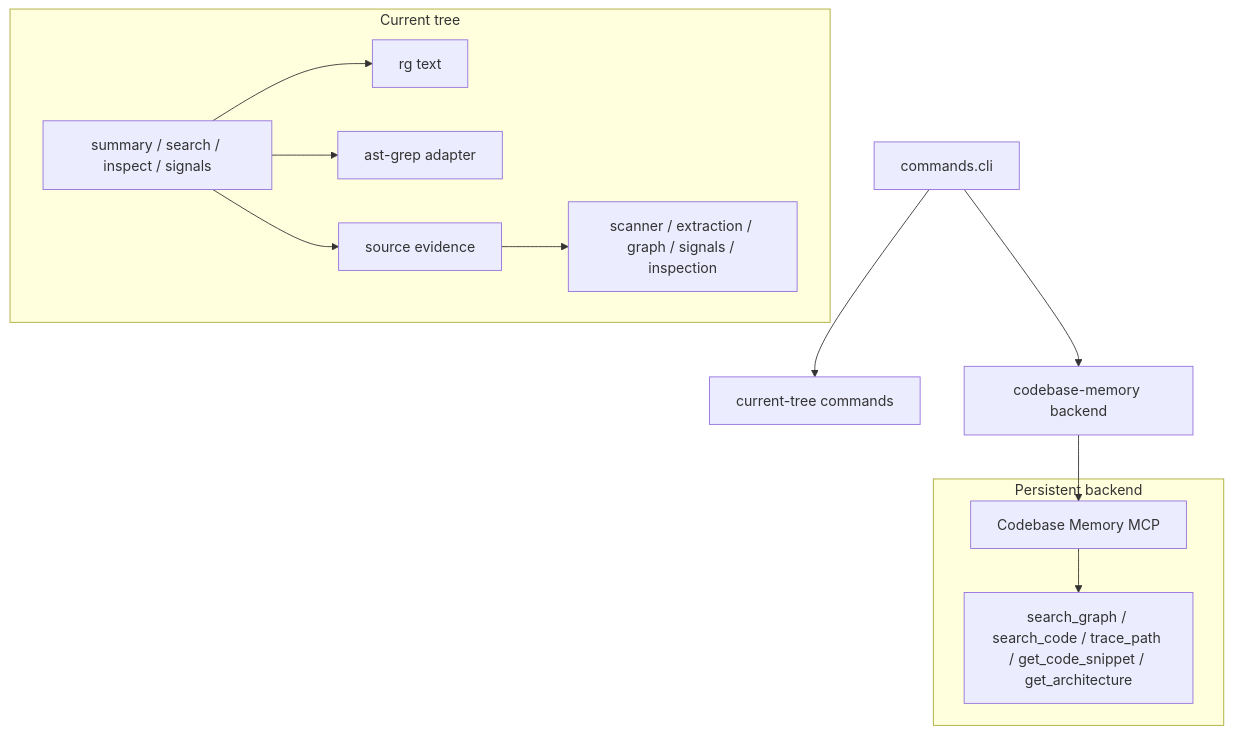
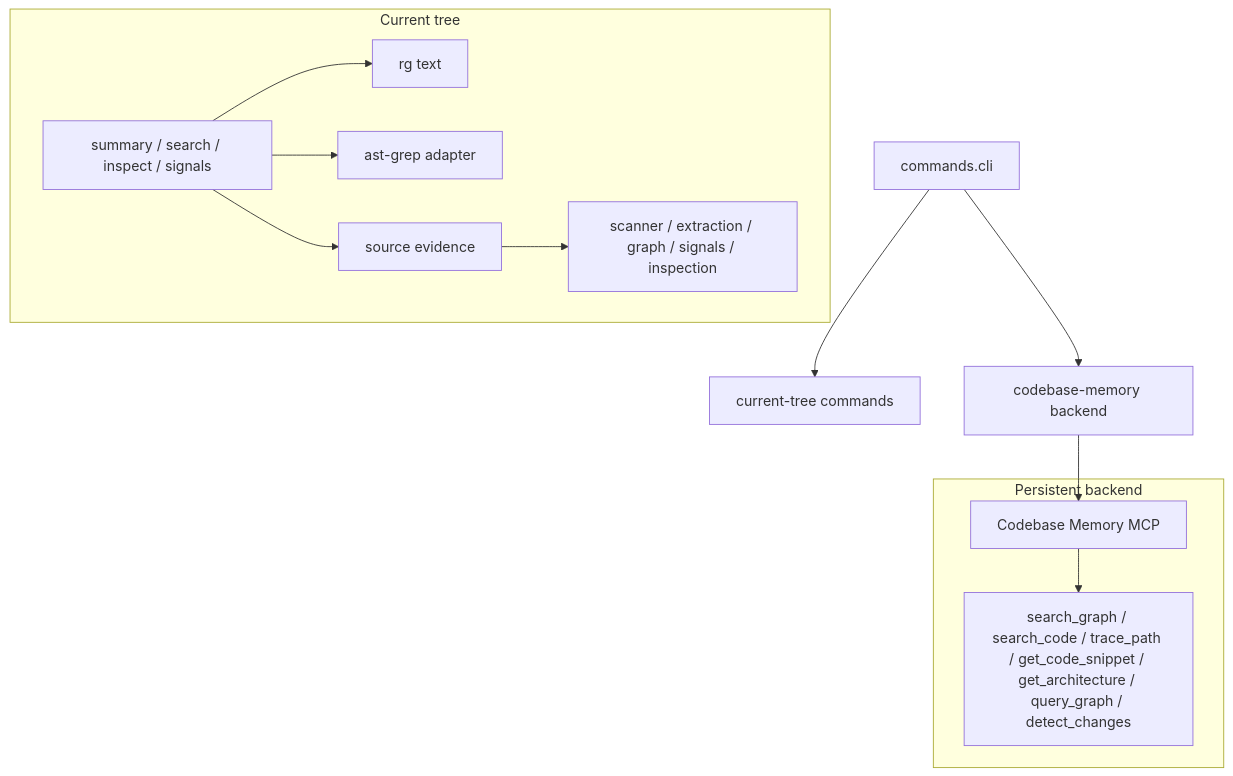
Before and after one commit to teron131/codemap: the second of 2 diagrams in README.md, drawn with Mermaid. The commit also changed other lines of this file and 9 other files, not shown here.

````diff
--- a/README.md
+++ b/README.md
@@ -60,27 +60,27 @@
 ```mermaid
 flowchart TD
     CLI["commands.cli"] --> Current["current-tree commands"]
     CLI --> Backend["codebase-memory backend"]
 
     subgraph CurrentLane["Current tree"]
         SearchInspect["summary / search / inspect / signals"]
         Source["source evidence"]
         Rg["rg text"]
         AstGrep["ast-grep adapter"]
         SourceParts["scanner / extraction / graph / signals / inspection"]
 
         SearchInspect --> Rg
         SearchInspect --> AstGrep
         SearchInspect --> Source
         Source --> SourceParts
     end
 
     subgraph BackendLane["Persistent backend"]
         CBM["Codebase Memory MCP"]
-        GraphTools["search_graph / search_code / trace_path / get_code_snippet / get_architecture"]
+        GraphTools["search_graph / search_code / trace_path / get_code_snippet / get_architecture / query_graph / detect_changes"]
 
         CBM --> GraphTools
     end
 
     Backend --> CBM
 ```
````
